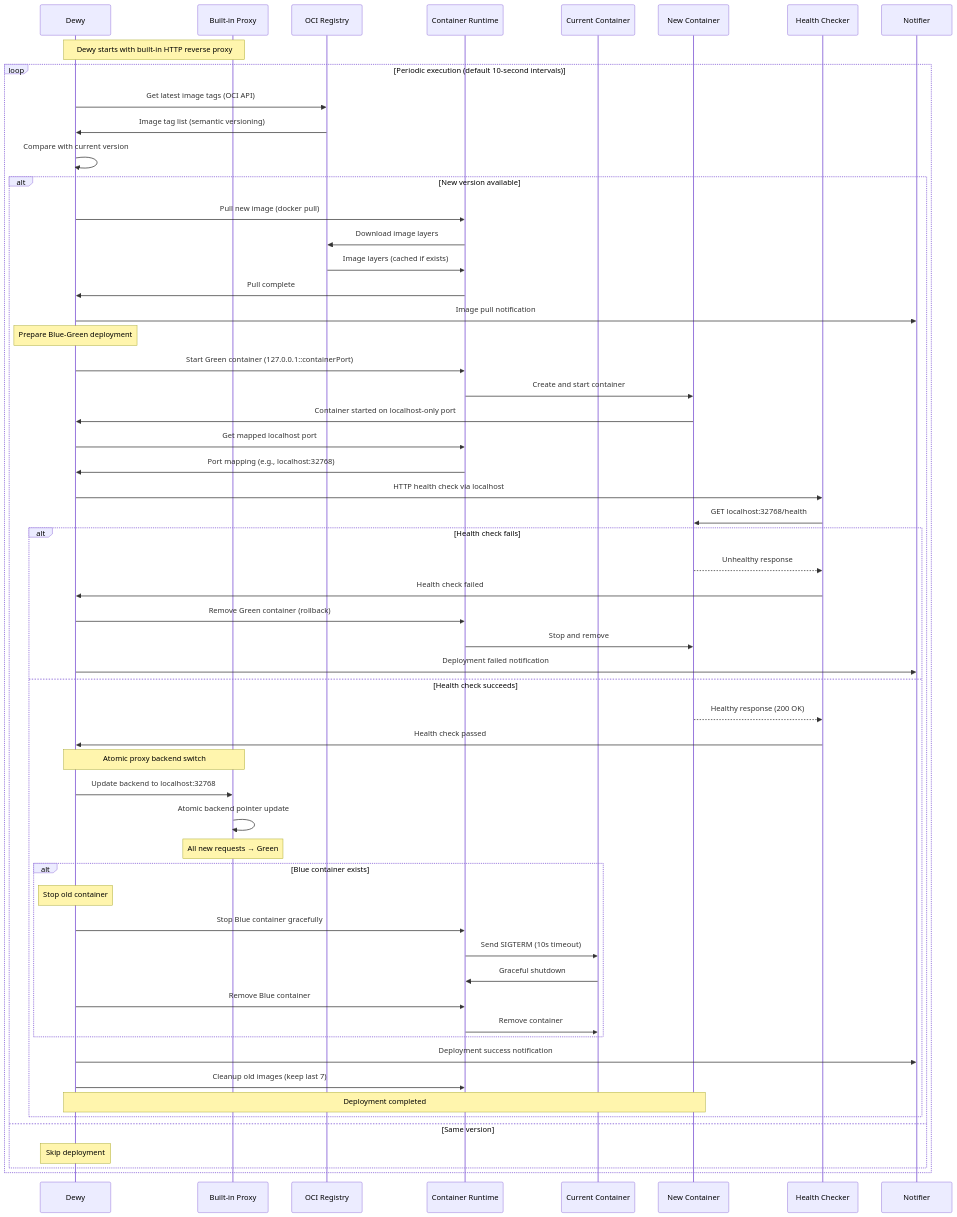
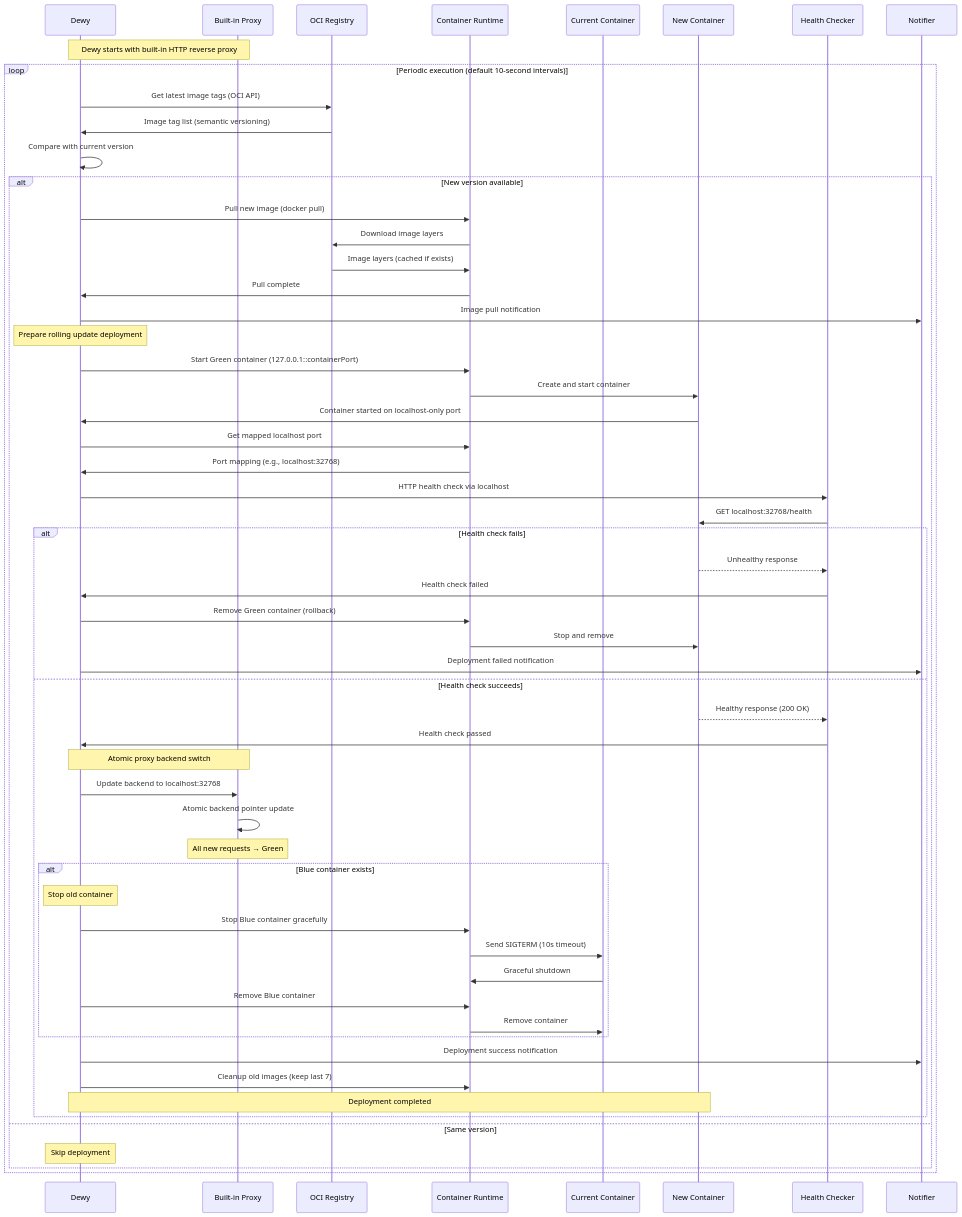
The second of 6 diagrams in docs/pages/deployment-workflow.md (linyows/dewy), drawn with Mermaid before and after one commit. The commit also changed other lines of this file and 1 other file, not shown here.

First line of the commit message:
Replace Blue-Green terminology with rolling update

````diff
--- a/docs/pages/deployment-workflow.md
+++ b/docs/pages/deployment-workflow.md
@@ -267,70 +267,70 @@
 ```mermaid
 sequenceDiagram
     participant D as Dewy
     participant P as Built-in Proxy
     participant R as OCI Registry
     participant RT as Container Runtime
     participant C as Current Container
     participant G as New Container
     participant HC as Health Checker
     participant NO as Notifier
 
     Note over D,P: Dewy starts with built-in HTTP reverse proxy
 
     loop Periodic execution (default 10-second intervals)
         D->>R: Get latest image tags (OCI API)
         R->>D: Image tag list (semantic versioning)
         D->>D: Compare with current version
 
         alt New version available
             D->>RT: Pull new image (docker pull)
             RT->>R: Download image layers
             R->>RT: Image layers (cached if exists)
             RT->>D: Pull complete
             D->>NO: Image pull notification
 
-            Note over D: Prepare Blue-Green deployment
+            Note over D: Prepare rolling update deployment
 
             D->>RT: Start Green container (127.0.0.1::containerPort)
             RT->>G: Create and start container
             G->>D: Container started on localhost-only port
 
             D->>RT: Get mapped localhost port
             RT->>D: Port mapping (e.g., localhost:32768)
 
             D->>HC: HTTP health check via localhost
             HC->>G: GET localhost:32768/health
 
             alt Health check fails
                 G-->>HC: Unhealthy response
                 HC->>D: Health check failed
                 D->>RT: Remove Green container (rollback)
                 RT->>G: Stop and remove
                 D->>NO: Deployment failed notification
             else Health check succeeds
                 G-->>HC: Healthy response (200 OK)
                 HC->>D: Health check passed
 
                 Note over D,P: Atomic proxy backend switch
                 D->>P: Update backend to localhost:32768
                 P->>P: Atomic backend pointer update
                 Note over P: All new requests → Green
 
                 alt Blue container exists
                     Note over D: Stop old container
                     D->>RT: Stop Blue container gracefully
                     RT->>C: Send SIGTERM (10s timeout)
                     C->>RT: Graceful shutdown
                     D->>RT: Remove Blue container
                     RT->>C: Remove container
                 end
 
                 D->>NO: Deployment success notification
                 D->>RT: Cleanup old images (keep last 7)
                 Note over D,G: Deployment completed
             end
         else Same version
             note over D: Skip deployment
         end
     end
 ```
````
